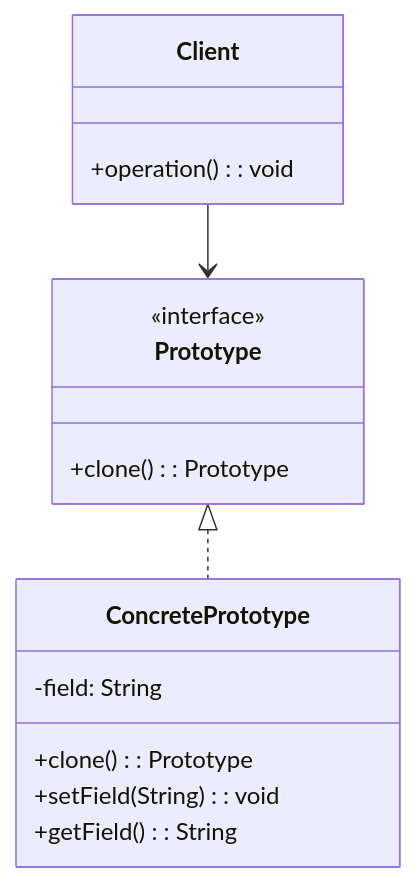
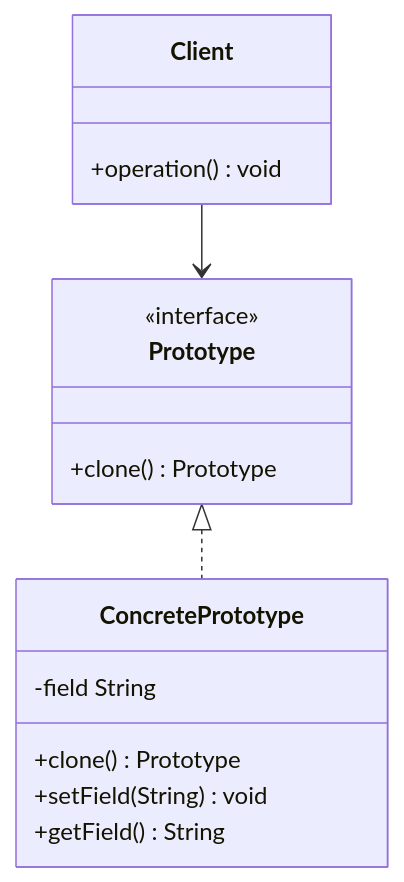
One commit to chihhung/Blog changed diagram 11 of 21 in content/posts/教學/分析與設計/Design Pattern教學(二).md. Above: the diagram before and after it, drawn with Mermaid. The commit also changed other lines of this file, not shown here.

Commit message:
修復 Design Pattern 教學(二) 中的 Mermaid mindmap 語法錯誤，改用 graph TB 格式以相容 Mermaid 11.12.1

````diff
--- a/content/posts/教學/分析與設計/Design Pattern教學(二).md
+++ b/content/posts/教學/分析與設計/Design Pattern教學(二).md
@@ -1553,19 +1592,19 @@
 ```mermaid
 classDiagram
     class Prototype {
         <<interface>>
-        +clone(): Prototype
+        +clone() Prototype
     }
     class ConcretePrototype {
-        -field: String
-        +clone(): Prototype
-        +setField(String): void
-        +getField(): String
+        -field String
+        +clone() Prototype
+        +setField(String) void
+        +getField() String
     }
     class Client {
-        +operation(): void
+        +operation() void
     }
     
     Prototype <|.. ConcretePrototype
     Client --> Prototype
 ```
````
